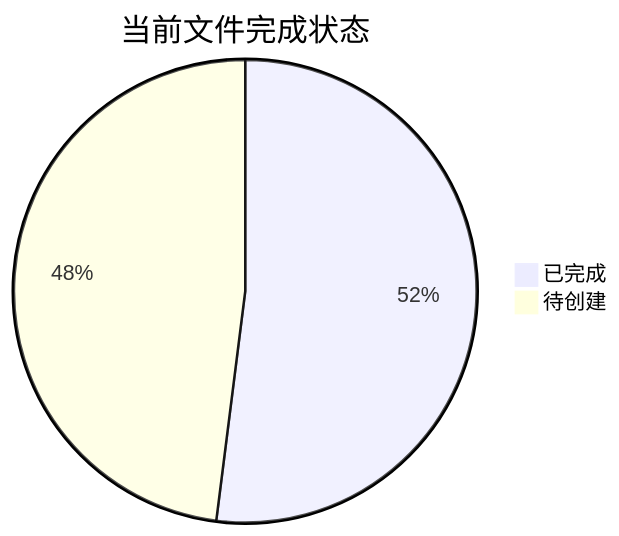
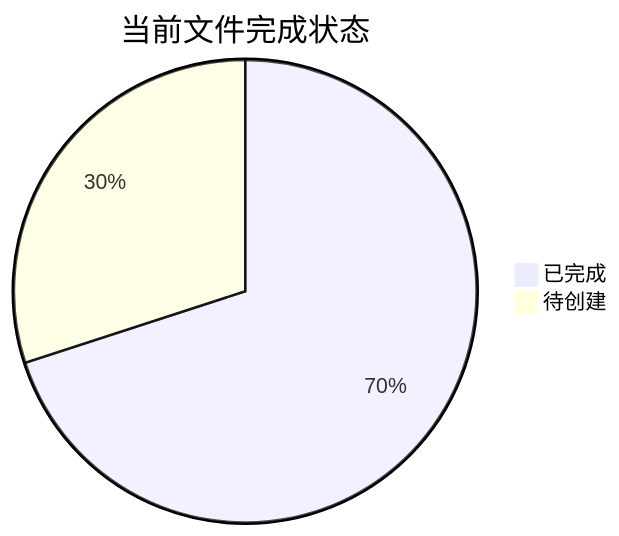
The fifth of 5 diagrams in docs/binaryuniverse/README.md (loning/the-binarymath), drawn with Mermaid before and after one commit. The commit also changed other lines of this file and 19 other files, not shown here.

````diff
--- a/docs/binaryuniverse/README.md
+++ b/docs/binaryuniverse/README.md
@@ -409,5 +397,5 @@
 ```mermaid
 pie title 当前文件完成状态
-    "已完成" : 26
-    "待创建" : 24
+    "已完成" : 35
+    "待创建" : 15
 ```
````
